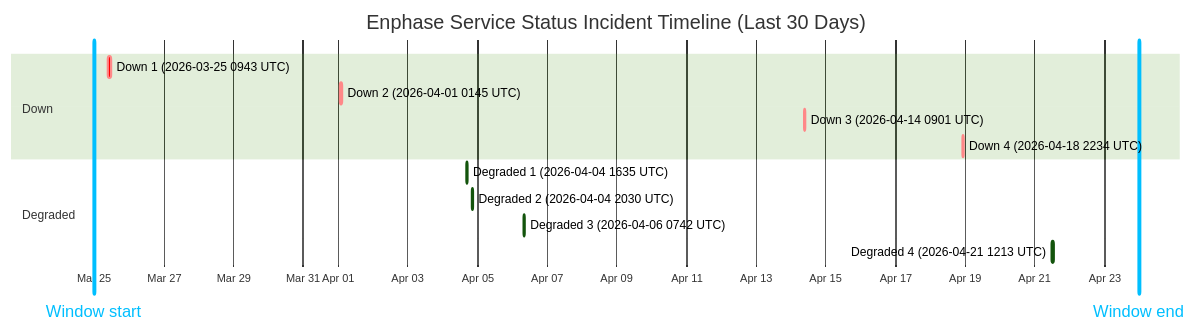
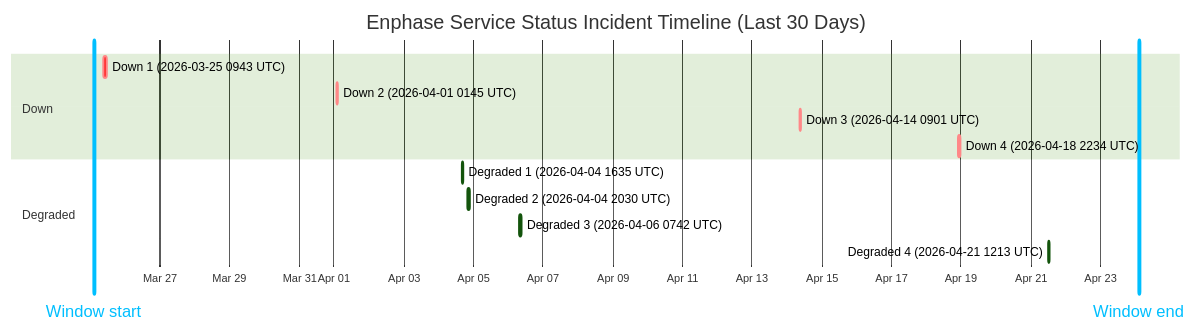
One commit to barneyonline/ha-enphase-ev-charger changed the diagram in wiki/Service-Status-History.md. Above: the diagram before and after it, drawn with Mermaid (forest theme). The commit also changed other lines of this file and 3 other files, not shown here.

````diff
--- a/wiki/Service-Status-History.md
+++ b/wiki/Service-Status-History.md
@@ -14,18 +14,18 @@
 ```mermaid
 gantt
     title Enphase Service Status Incident Timeline (Last 30 Days)
     dateFormat  YYYY-MM-DDTHH:mm:ss
     axisFormat  %b %d
-    Window start :vert, window-start, 2026-03-24T23:43:46, 0ms
-    Window end :vert, window-end, 2026-04-23T23:43:46, 0ms
+    Window start :vert, window-start, 2026-03-25T02:34:06, 0ms
+    Window end :vert, window-end, 2026-04-24T02:34:06, 0ms
     section Down
     Down 1 (2026-03-25 0943 UTC) :crit, down-1, 2026-03-25T09:43:28, 111m
     Down 2 (2026-04-01 0145 UTC) :crit, down-2, 2026-04-01T01:45:09, 60m
     Down 3 (2026-04-14 0901 UTC) :crit, down-3, 2026-04-14T09:01:13, 60m
     Down 4 (2026-04-18 2234 UTC) :crit, down-4, 2026-04-18T22:34:13, 60m
     section Degraded
     Degraded 1 (2026-04-04 1635 UTC) :active, degraded-1, 2026-04-04T16:35:17, 60m
     Degraded 2 (2026-04-04 2030 UTC) :active, degraded-2, 2026-04-04T20:30:40, 60m
     Degraded 3 (2026-04-06 0742 UTC) :active, degraded-3, 2026-04-06T07:42:09, 85m
     Degraded 4 (2026-04-21 1213 UTC) :active, degraded-4, 2026-04-21T12:13:11, 60m
 ```
````
